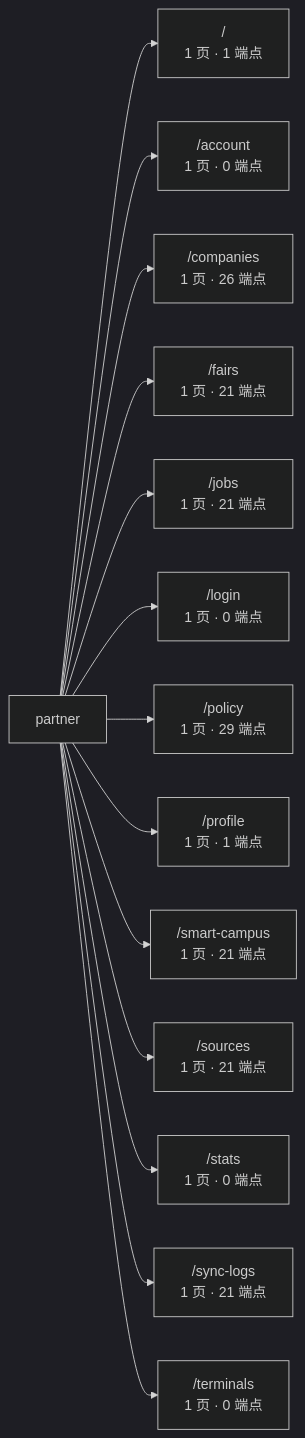
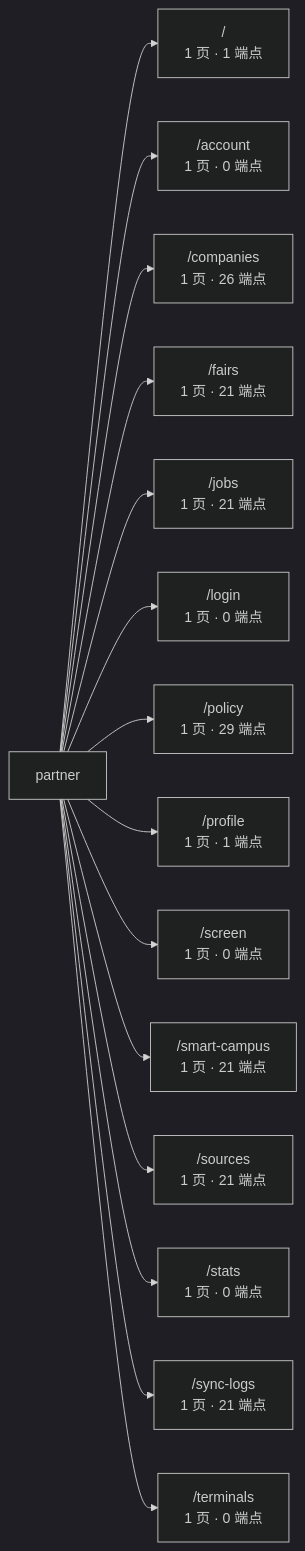
One commit to wanglei581/YITIJI changed the third of 3 diagrams in docs/graph/routes.md. Above: the diagram before and after it, drawn with Mermaid (dark theme). The commit also changed other lines of this file and 7 other files, not shown here.

````diff
--- a/docs/graph/routes.md
+++ b/docs/graph/routes.md
@@ -421,17 +423,18 @@
 ```mermaid
 flowchart LR
   app["partner"]
   app --> _root_["/<br/>1 页 · 1 端点"]
   app --> account["/account<br/>1 页 · 0 端点"]
   app --> companies["/companies<br/>1 页 · 26 端点"]
   app --> fairs["/fairs<br/>1 页 · 21 端点"]
   app --> jobs["/jobs<br/>1 页 · 21 端点"]
   app --> login["/login<br/>1 页 · 0 端点"]
   app --> policy["/policy<br/>1 页 · 29 端点"]
   app --> profile["/profile<br/>1 页 · 1 端点"]
+  app --> screen["/screen<br/>1 页 · 0 端点"]
   app --> smart_campus["/smart-campus<br/>1 页 · 21 端点"]
   app --> sources["/sources<br/>1 页 · 21 端点"]
   app --> stats["/stats<br/>1 页 · 0 端点"]
   app --> sync_logs["/sync-logs<br/>1 页 · 21 端点"]
   app --> terminals["/terminals<br/>1 页 · 0 端点"]
 ```
````
